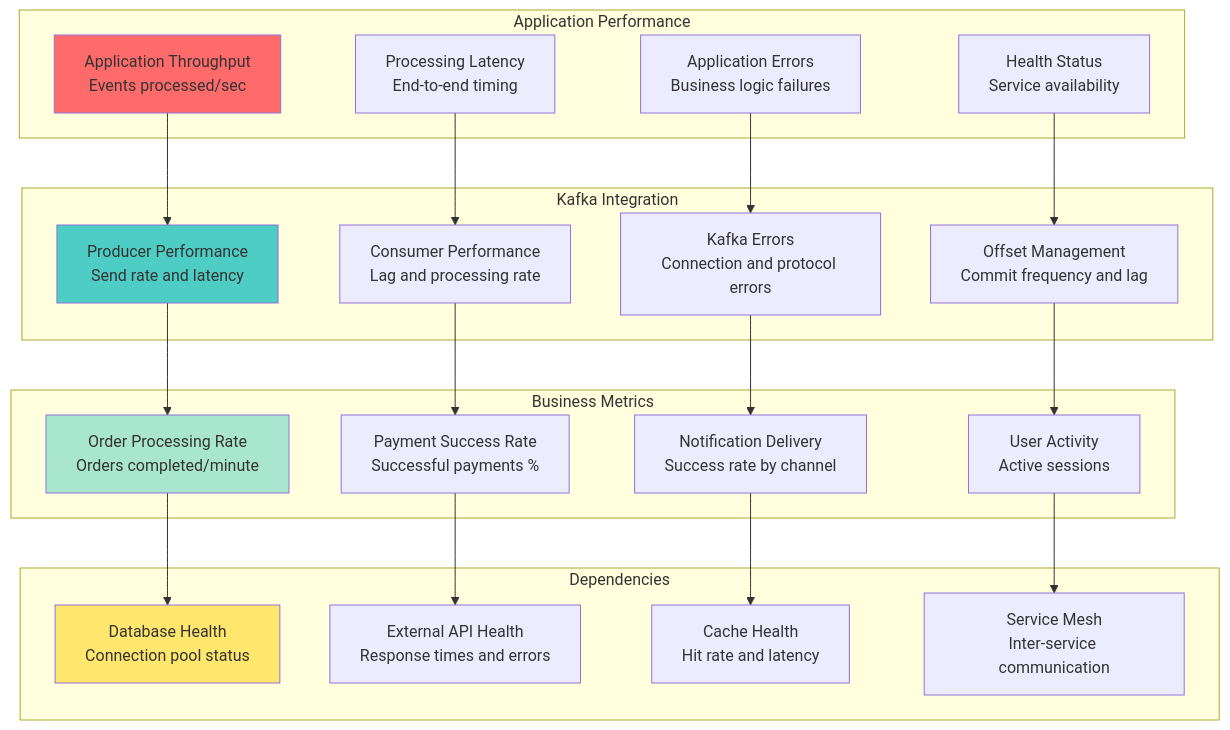
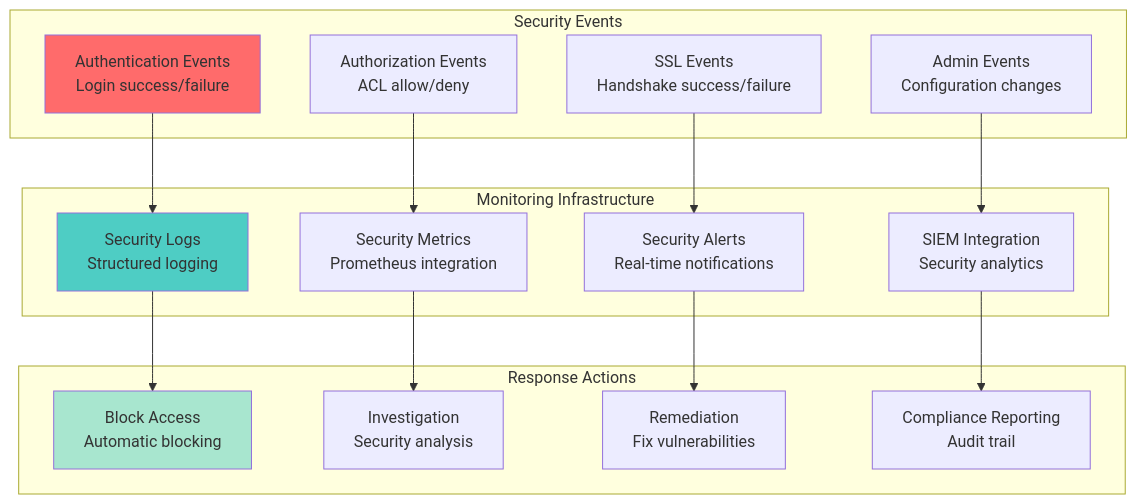
One commit to vorrawut/KafkaStarter changed the sixth of 9 diagrams in class/modules/lesson_19/concept.md. Above: the diagram before and after it, drawn with Mermaid. The commit also changed other lines of this file and 204 other files, not shown here.

````diff
--- a/class/modules/lesson_19/concept.md
+++ b/class/modules/lesson_19/concept.md
@@ -358,50 +304,37 @@
 ```mermaid
 graph TB
-    subgraph "Application Performance"
-        APP_THROUGHPUT[Application Throughput<br/>Events processed/sec]
-        APP_LATENCY[Processing Latency<br/>End-to-end timing]
-        APP_ERRORS[Application Errors<br/>Business logic failures]
-        APP_HEALTH[Health Status<br/>Service availability]
+    subgraph "Security Events"
+        AUTH_EVENTS[Authentication Events<br/>Login success/failure]
+        AUTHZ_EVENTS[Authorization Events<br/>ACL allow/deny]
+        SSL_EVENTS[SSL Events<br/>Handshake success/failure]
+        ADMIN_EVENTS[Admin Events<br/>Configuration changes]
     end
     
-    subgraph "Kafka Integration"
-        KAFKA_PRODUCER[Producer Performance<br/>Send rate and latency]
-        KAFKA_CONSUMER[Consumer Performance<br/>Lag and processing rate]
-        KAFKA_ERRORS[Kafka Errors<br/>Connection and protocol errors]
-        KAFKA_OFFSETS[Offset Management<br/>Commit frequency and lag]
+    subgraph "Monitoring Infrastructure"
+        LOGS[Security Logs<br/>Structured logging]
+        METRICS[Security Metrics<br/>Prometheus integration]
+        ALERTS[Security Alerts<br/>Real-time notifications]
+        SIEM[SIEM Integration<br/>Security analytics]
     end
     
-    subgraph "Business Metrics"
-        ORDER_RATE[Order Processing Rate<br/>Orders completed/minute]
-        PAYMENT_SUCCESS[Payment Success Rate<br/>Successful payments %]
-        NOTIFICATION_DELIVERY[Notification Delivery<br/>Success rate by channel]
-        USER_ACTIVITY[User Activity<br/>Active sessions]
+    subgraph "Response Actions"
+        BLOCK[Block Access<br/>Automatic blocking]
+        INVESTIGATE[Investigation<br/>Security analysis]
+        REMEDIATE[Remediation<br/>Fix vulnerabilities]
+        REPORT[Compliance Reporting<br/>Audit trail]
     end
     
-    subgraph "Dependencies"
-        DATABASE_HEALTH[Database Health<br/>Connection pool status]
-        EXTERNAL_APIS[External API Health<br/>Response times and errors]
-        CACHE_HEALTH[Cache Health<br/>Hit rate and latency]
-        SERVICE_MESH[Service Mesh<br/>Inter-service communication]
-    end
+    AUTH_EVENTS --> LOGS
+    AUTHZ_EVENTS --> METRICS
+    SSL_EVENTS --> ALERTS
+    ADMIN_EVENTS --> SIEM
     
-    APP_THROUGHPUT --> KAFKA_PRODUCER
-    APP_LATENCY --> KAFKA_CONSUMER
-    APP_ERRORS --> KAFKA_ERRORS
-    APP_HEALTH --> KAFKA_OFFSETS
+    LOGS --> BLOCK
+    METRICS --> INVESTIGATE
+    ALERTS --> REMEDIATE
+    SIEM --> REPORT
     
-    KAFKA_PRODUCER --> ORDER_RATE
-    KAFKA_CONSUMER --> PAYMENT_SUCCESS
-    KAFKA_ERRORS --> NOTIFICATION_DELIVERY
-    KAFKA_OFFSETS --> USER_ACTIVITY
-    
-    ORDER_RATE --> DATABASE_HEALTH
-    PAYMENT_SUCCESS --> EXTERNAL_APIS
-    NOTIFICATION_DELIVERY --> CACHE_HEALTH
-    USER_ACTIVITY --> SERVICE_MESH
-    
-    style APP_THROUGHPUT fill:#ff6b6b
-    style KAFKA_PRODUCER fill:#4ecdc4
-    style ORDER_RATE fill:#a8e6cf
-    style DATABASE_HEALTH fill:#ffe66d
+    style AUTH_EVENTS fill:#ff6b6b
+    style LOGS fill:#4ecdc4
+    style BLOCK fill:#a8e6cf
 ```
````
